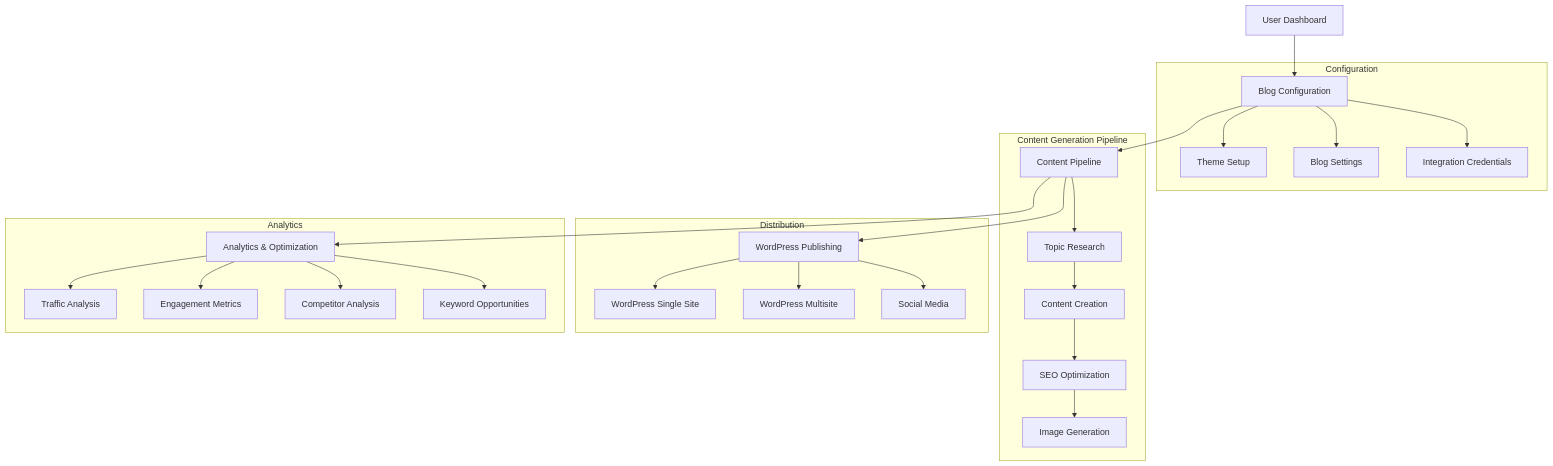
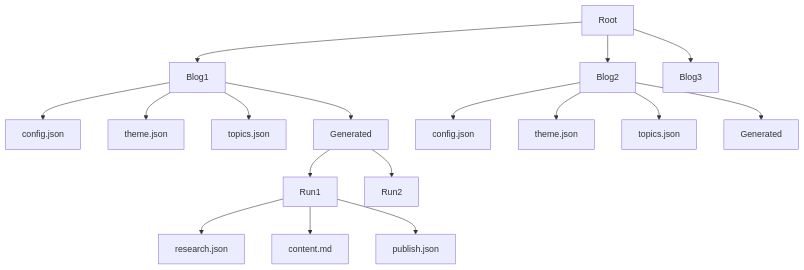
Before and after one commit to AnthonyJPerez/AutomatedBlog: the third of 12 diagrams in docs/automated_blog_system.md, drawn with Mermaid. The commit also changed other lines of this file and 6 other files, not shown here.

````diff
--- a/docs/automated_blog_system.md
+++ b/docs/automated_blog_system.md
@@ -7,33 +75,23 @@
 ```mermaid
 graph TD
-    A[User Dashboard] --> B[Blog Configuration]
-    B --> C[Content Pipeline]
-    C --> D[WordPress Publishing]
-    C --> E[Analytics & Optimization]
+    A[Root] --> B[Blog1]
+    A --> C[Blog2]
+    A --> D[Blog3]
     
-    subgraph "Configuration"
-    B --> B1[Theme Setup]
-    B --> B2[Blog Settings]
-    B --> B3[Integration Credentials]
-    end
+    B --> B1[config.json]
+    B --> B2[theme.json]
+    B --> B3[topics.json]
+    B --> B4[Generated]
     
-    subgraph "Content Generation Pipeline"
-    C --> C1[Topic Research]
-    C1 --> C2[Content Creation]
-    C2 --> C3[SEO Optimization]
-    C3 --> C4[Image Generation]
-    end
+    B4 --> B41[Run1]
+    B4 --> B42[Run2]
     
-    subgraph "Distribution"
-    D --> D1[WordPress Single Site]
-    D --> D2[WordPress Multisite]
-    D --> D3[Social Media]
-    end
+    B41 --> B411[research.json]
+    B41 --> B412[content.md]
+    B41 --> B413[publish.json]
     
-    subgraph "Analytics"
-    E --> E1[Traffic Analysis]
-    E --> E2[Engagement Metrics]
-    E --> E3[Competitor Analysis]
-    E --> E4[Keyword Opportunities]
-    end
+    C --> C1[config.json]
+    C --> C2[theme.json]
+    C --> C3[topics.json]
+    C --> C4[Generated]
 ```
````
